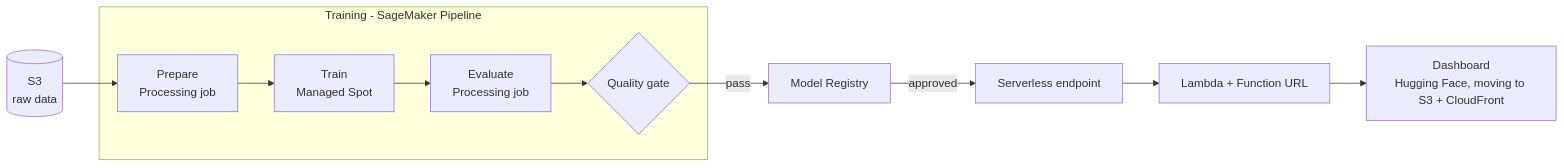
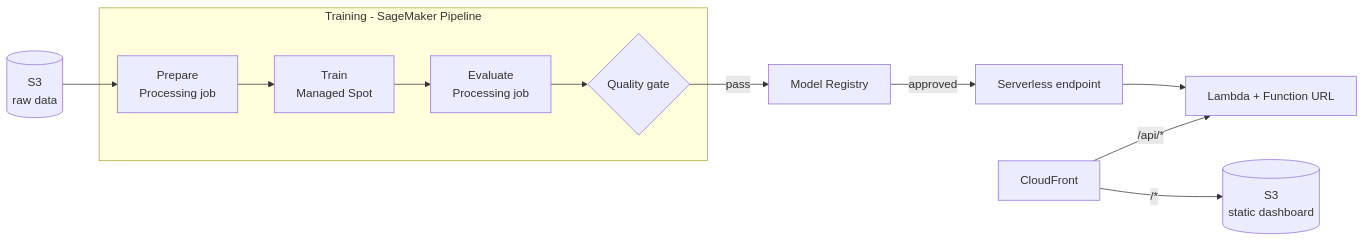
The diagram in README.md (Haadhi-Mohammed/sepsis-early-warning), drawn with Mermaid before and after one commit. The commit also changed other lines of this file, not shown here.

Commit message:
README: dashboard live on S3 + CloudFront

````diff
--- a/README.md
+++ b/README.md
@@ -58,11 +61,12 @@
 ```mermaid
 flowchart LR
     subgraph train["Training - SageMaker Pipeline"]
         P[Prepare<br/>Processing job] --> T[Train<br/>Managed Spot] --> E[Evaluate<br/>Processing job] --> Q{Quality gate}
     end
     S3[(S3<br/>raw data)] --> P
     Q -->|pass| R[Model Registry]
     R -->|approved| EP[Serverless endpoint]
     EP --> API[Lambda + Function URL]
-    API --> UI[Dashboard<br/>Hugging Face, moving to S3 + CloudFront]
+    CF[CloudFront] -->|/api/*| API
+    CF -->|/*| WEB[(S3<br/>static dashboard)]
 ```
````
